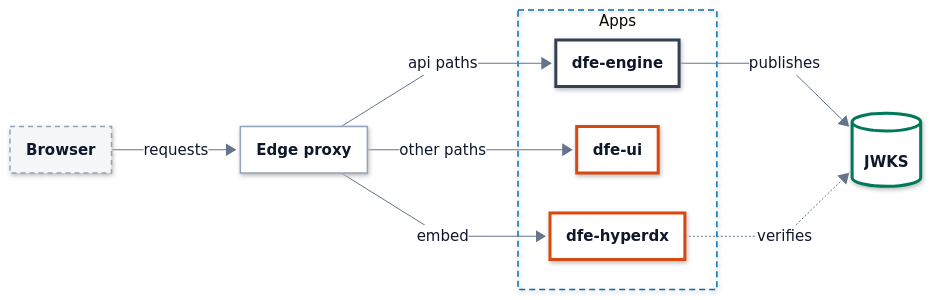
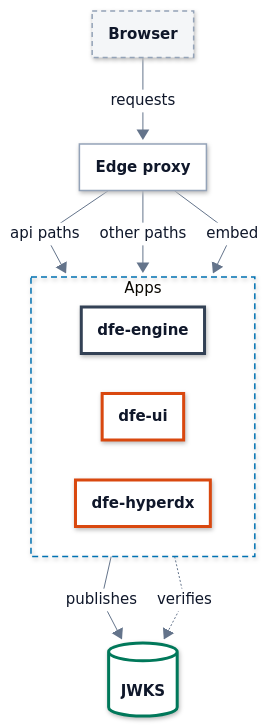
One commit to hyperi-io/dfe-engine changed the diagram in docs/auth-envoy-topology.md. Above: the diagram before and after it, drawn with Mermaid. The commit also changed other lines of this file and 32 other files, not shown here.

First line of the commit message:
docs(architecture): engine page to the standard, diagrams to 860 px (#1209)

````diff
--- a/docs/auth-envoy-topology.md
+++ b/docs/auth-envoy-topology.md
@@ -60,7 +60,7 @@
     .ui .label-icon{color:#D9480F}
     .ext .label-icon{color:#64748B}
 ---
-flowchart LR
+flowchart TB
   accTitle: L4 Detail -- Token check at the edge
   accDescr: The browser calls the edge proxy, which routes API paths to dfe-engine, the rest to dfe-ui, and the embed to dfe-hyperdx. The engine publishes its JWKS, and dfe-hyperdx verifies the dfe_token cookie against it.
 
@@ -68,6 +68,7 @@
   proxy["<b>Edge proxy</b>"]
 
   subgraph apps["Apps"]
+    direction LR
     engine["<b>dfe-engine</b>"]
     ui["<b>dfe-ui</b>"]
     hyperdx["<b>dfe-hyperdx</b>"]
@@ -81,6 +82,11 @@
   proxy -->|embed| hyperdx
   engine -->|publishes| jwks
   hyperdx -.->|verifies| jwks
+  class browser ext
+  class jwks store
+  class ui,hyperdx ui
+  class engine control
+  class proxy part
   classDef ext fill:#F4F6F8,stroke:#94A3B8,stroke-width:1.5px,stroke-dasharray:5 4,color:#0F172A
   classDef ingest fill:#FFFFFF,stroke:#0E8A7D,stroke-width:3px,color:#0F172A
   classDef xform fill:#FFFFFF,stroke:#7B4FB0,stroke-width:3px,color:#0F172A
@@ -92,10 +98,5 @@
   classDef error fill:#FFFFFF,stroke:#C2410C,stroke-width:3px,color:#0F172A
   classDef control fill:#FFFFFF,stroke:#334155,stroke-width:3px,color:#0F172A
   classDef part fill:#FFFFFF,stroke:#94A3B8,stroke-width:1.5px,color:#0F172A
-  class browser ext
-  class jwks store
-  class ui,hyperdx ui
-  class engine control
-  class proxy part
   style apps fill:none,stroke:#0072B2,stroke-width:1.5px,stroke-dasharray:6 4
 ```
````
